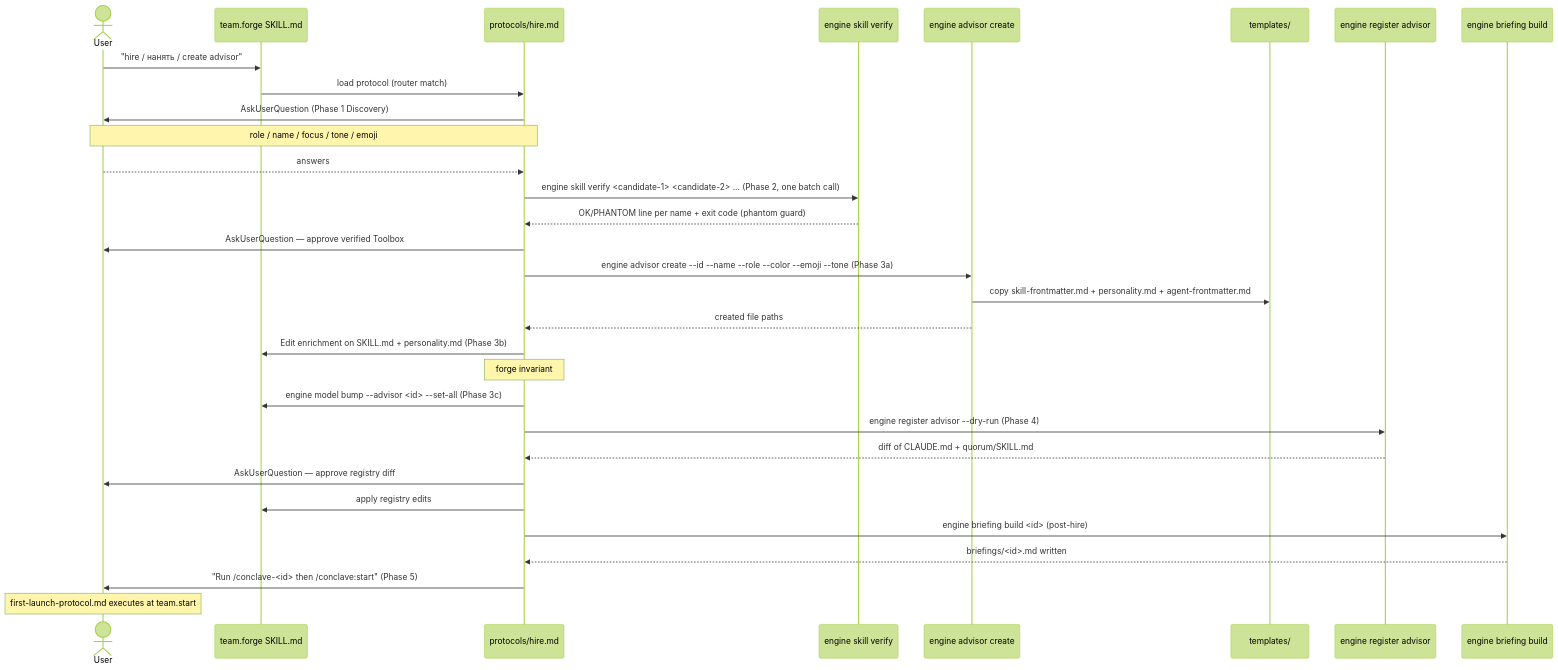
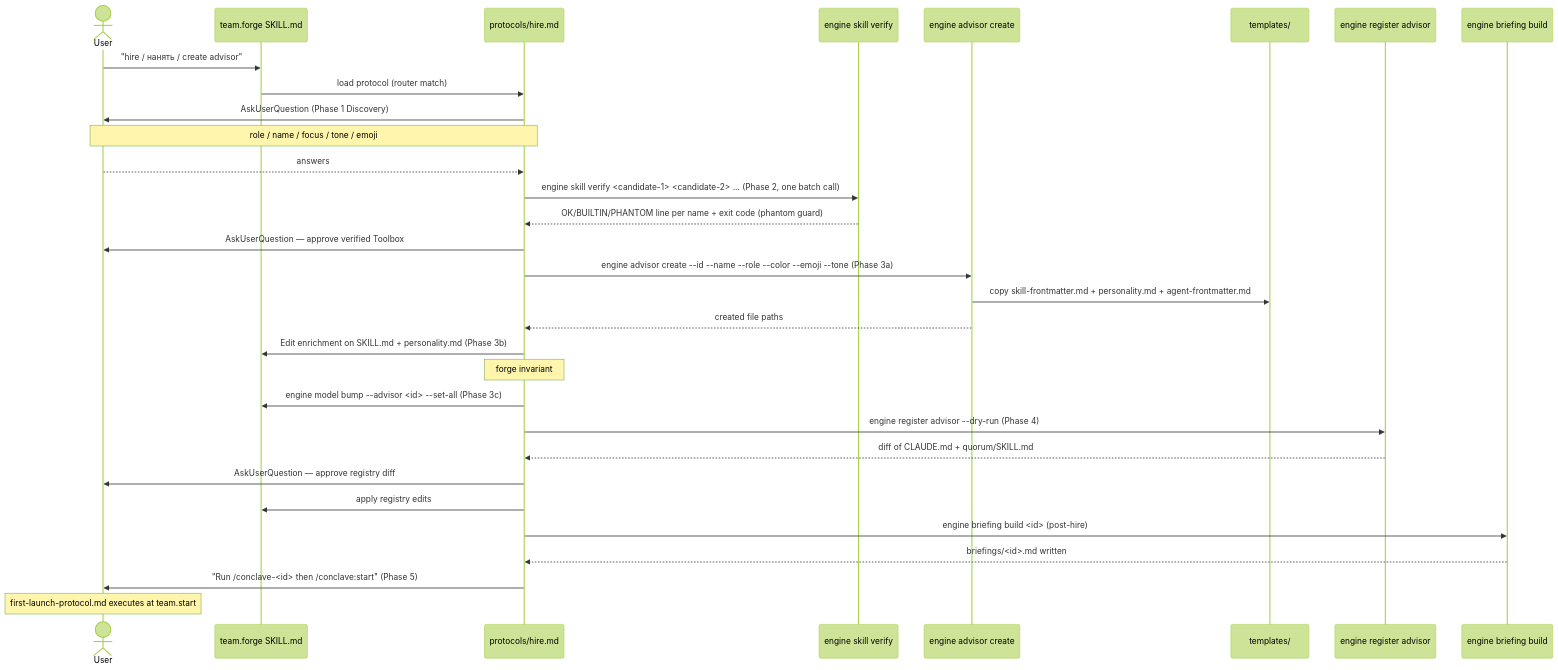
One commit to ignromanov/conclave changed the first of 6 diagrams in skills/forge-operations/ARCHITECTURE.md. Above: the diagram before and after it, drawn with Mermaid (forest theme). The commit also changed 9 other files, not shown here.

````diff
--- a/skills/forge-operations/ARCHITECTURE.md
+++ b/skills/forge-operations/ARCHITECTURE.md
@@ -20,40 +20,40 @@
 ```mermaid
 sequenceDiagram
     actor User
     participant Forge as team.forge SKILL.md
     participant Hire as protocols/hire.md
     participant VS as engine skill verify
     participant CA as engine advisor create
     participant Tmpl as templates/
     participant RA as engine register advisor
     participant BB as engine briefing build
 
     User->>Forge: "hire / нанять / create advisor"
     Forge->>Hire: load protocol (router match)
     Hire->>User: AskUserQuestion (Phase 1 Discovery)
     Note over Hire,User: role / name / focus / tone / emoji
     User-->>Hire: answers
 
     Hire->>VS: engine skill verify <candidate-1> <candidate-2> ... (Phase 2, one batch call)
-    VS-->>Hire: OK/PHANTOM line per name + exit code (phantom guard)
+    VS-->>Hire: OK/BUILTIN/PHANTOM line per name + exit code (phantom guard)
     Hire->>User: AskUserQuestion — approve verified Toolbox
 
     Hire->>CA: engine advisor create --id --name --role --color --emoji --tone (Phase 3a)
     CA->>Tmpl: copy skill-frontmatter.md + personality.md + agent-frontmatter.md
     CA-->>Hire: created file paths
 
     Hire->>Forge: Edit enrichment on SKILL.md + personality.md (Phase 3b)
     Note over Hire: forge invariant #1: diff-preview before every Edit
     Hire->>Forge: engine model bump --advisor <id> --set-all (Phase 3c)
 
     Hire->>RA: engine register advisor --dry-run (Phase 4)
     RA-->>Hire: diff of CLAUDE.md + quorum/SKILL.md
     Hire->>User: AskUserQuestion — approve registry diff
     Hire->>Forge: apply registry edits
 
     Hire->>BB: engine briefing build <id> (post-hire)
     BB-->>Hire: briefings/<id>.md written
 
     Hire->>User: "Run /conclave-<id> then /conclave:start" (Phase 5)
     Note over User: first-launch-protocol.md executes at team.start
 ```
````
